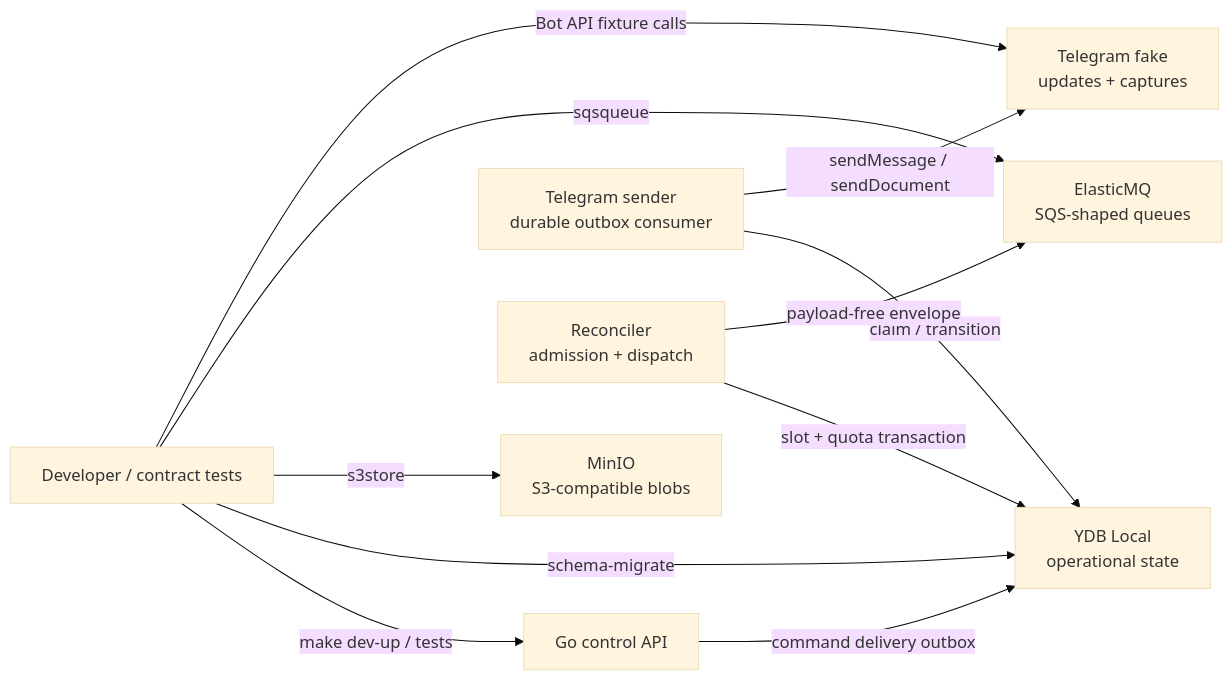
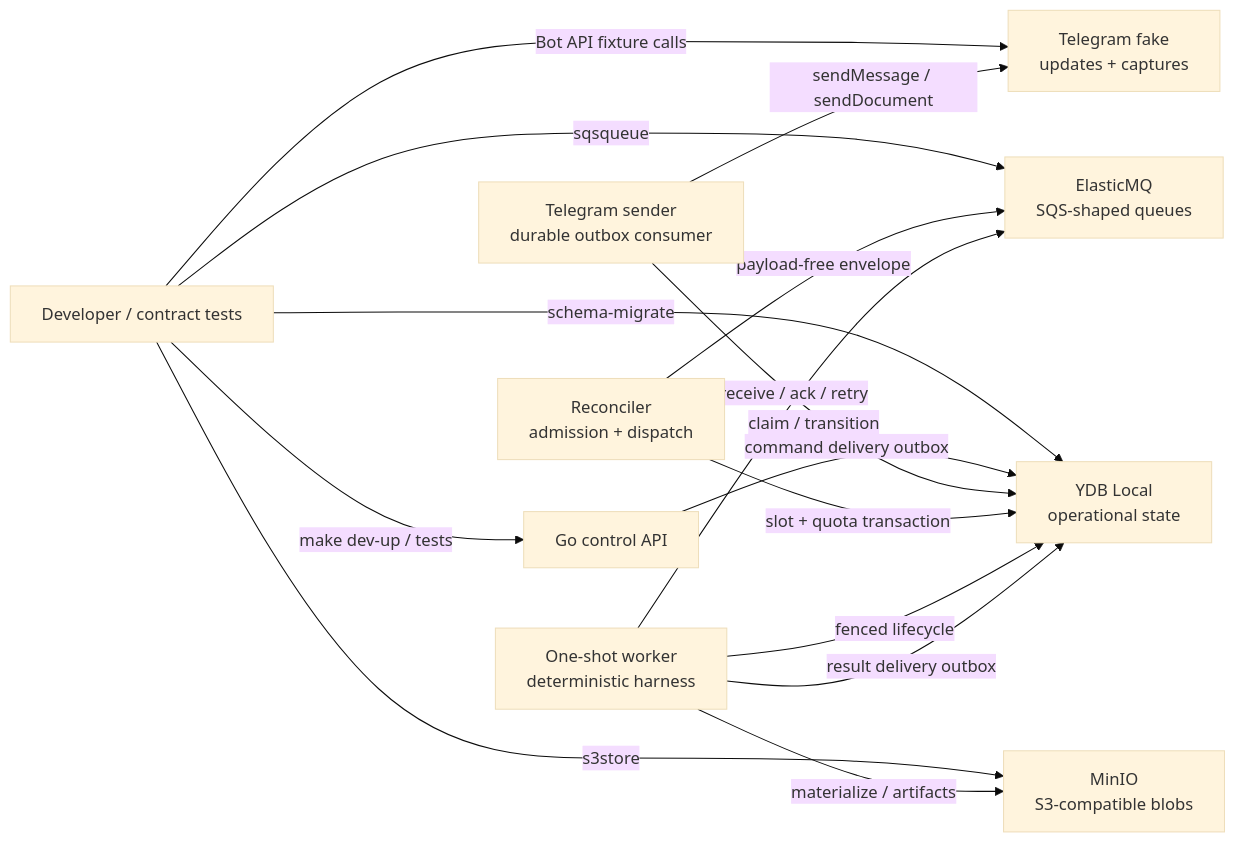
One commit to urandon/sessionless changed the diagram in docs/local-development-stand.md. Above: the diagram before and after it, drawn with Mermaid (base theme). The commit also changed other lines of this file and 30 other files, not shown here.

Commit message:
feat: implement deterministic worker lifecycle

````diff
--- a/docs/local-development-stand.md
+++ b/docs/local-development-stand.md
@@ -14,22 +14,27 @@
 ```mermaid
 flowchart LR
     Developer["Developer / contract tests"]
     Control["Go control API"]
     YDB["YDB Local<br/>operational state"]
     MinIO["MinIO<br/>S3-compatible blobs"]
     Queue["ElasticMQ<br/>SQS-shaped queues"]
     Telegram["Telegram fake<br/>updates + captures"]
     Sender["Telegram sender<br/>durable outbox consumer"]
     Reconciler["Reconciler<br/>admission + dispatch"]
+    Worker["One-shot worker<br/>deterministic harness"]
 
     Developer -->|"make dev-up / tests"| Control
     Developer -->|"schema-migrate"| YDB
     Developer -->|"s3store"| MinIO
     Developer -->|"sqsqueue"| Queue
     Developer -->|"Bot API fixture calls"| Telegram
     Control -->|"command delivery outbox"| YDB
     Sender -->|"claim / transition"| YDB
     Sender -->|"sendMessage / sendDocument"| Telegram
     Reconciler -->|"slot + quota transaction"| YDB
     Reconciler -->|"payload-free envelope"| Queue
+    Worker -->|"receive / ack / retry"| Queue
+    Worker -->|"fenced lifecycle"| YDB
+    Worker -->|"materialize / artifacts"| MinIO
+    Worker -->|"result delivery outbox"| YDB
 ```
````
